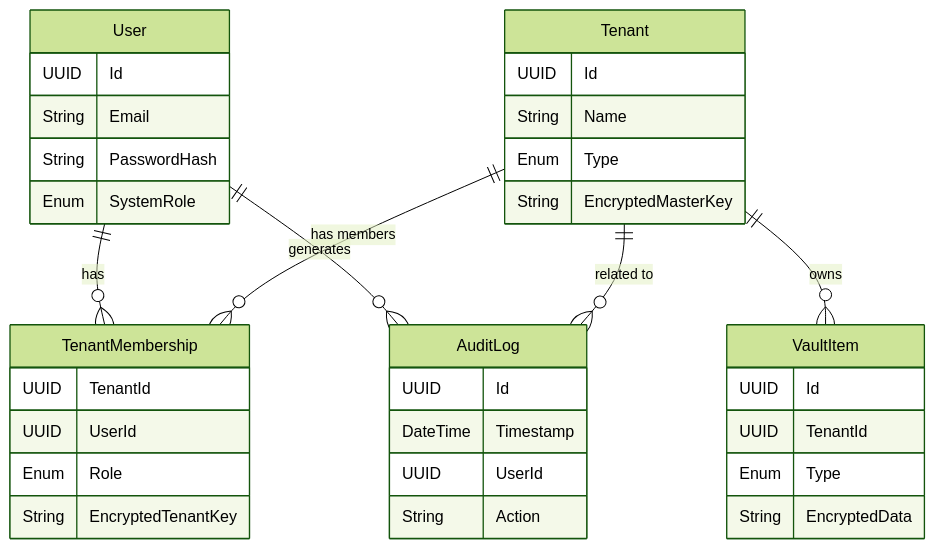
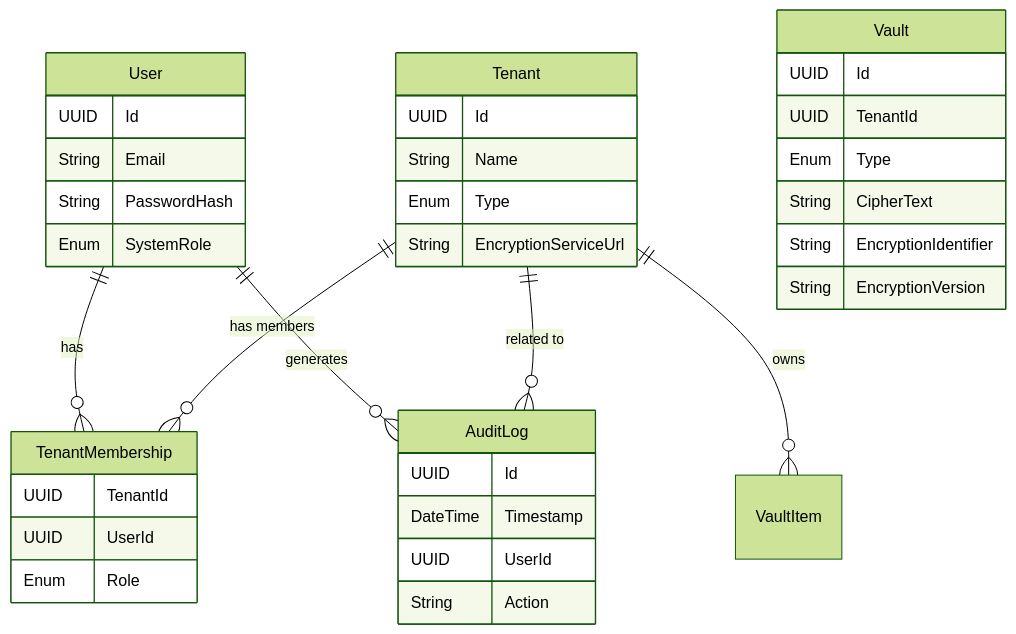
The diagram in docs/data_model.md (monier/afina), drawn with Mermaid (forest theme) before and after one commit. The commit also changed other lines of this file and 4 other files, not shown here.

````diff
--- a/docs/data_model.md
+++ b/docs/data_model.md
@@ -60,43 +99,44 @@
 ```mermaid
 erDiagram
     User ||--o{ TenantMembership : "has"
     User ||--o{ AuditLog : "generates"
     Tenant ||--o{ TenantMembership : "has members"
     Tenant ||--o{ VaultItem : "owns"
     Tenant ||--o{ AuditLog : "related to"
     
     User {
         UUID Id
         String Email
         String PasswordHash
         Enum SystemRole
     }
 
     Tenant {
         UUID Id
         String Name
         Enum Type
-        String EncryptedMasterKey
+        String EncryptionServiceUrl
     }
 
     TenantMembership {
         UUID TenantId
         UUID UserId
         Enum Role
-        String EncryptedTenantKey
     }
 
-    VaultItem {
+    Vault {
         UUID Id
         UUID TenantId
         Enum Type
-        String EncryptedData
+        String CipherText
+        String EncryptionIdentifier
+        String EncryptionVersion
     }
 
     AuditLog {
         UUID Id
         DateTime Timestamp
         UUID UserId
         String Action
     }
 ```
````
